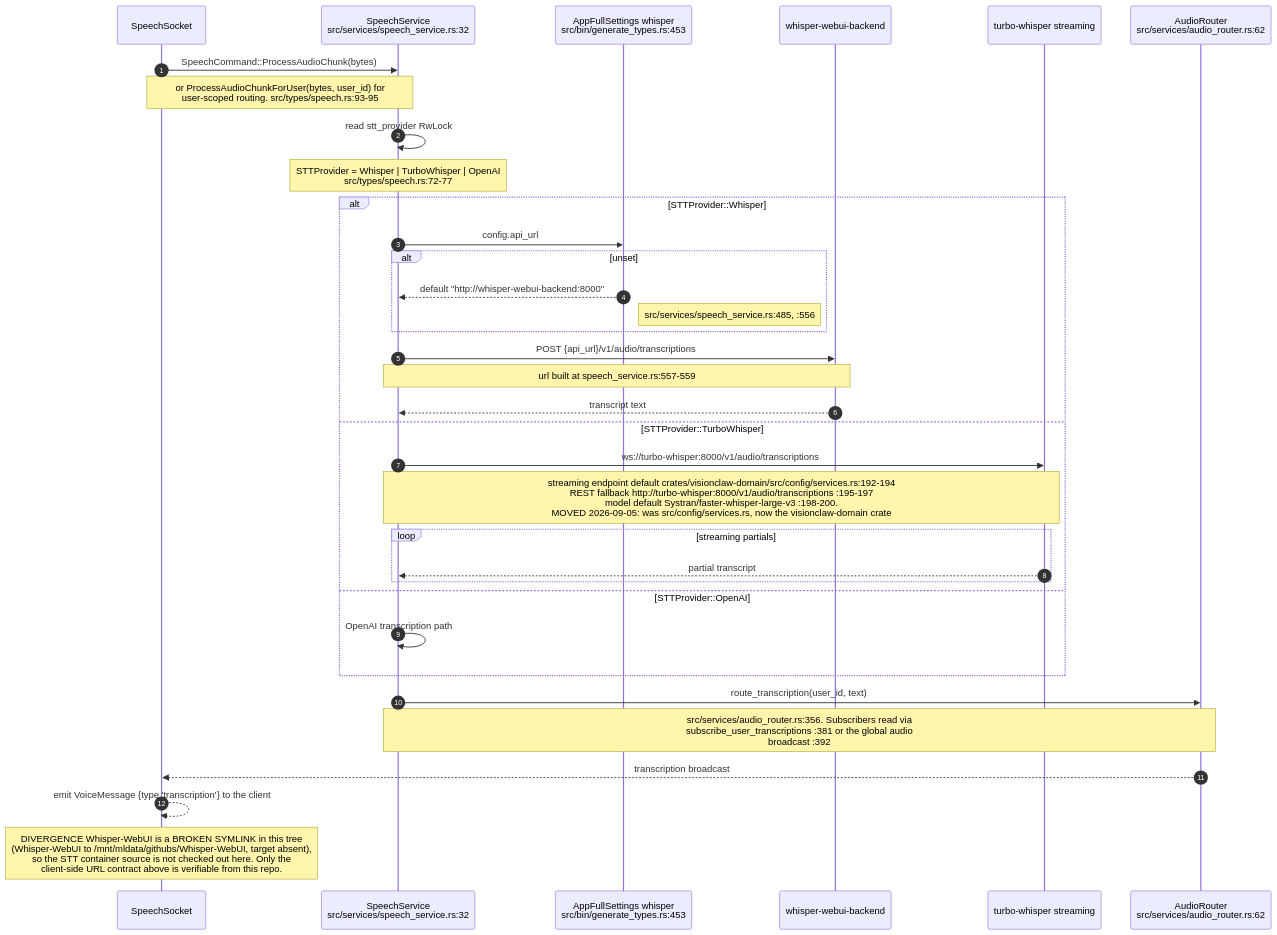
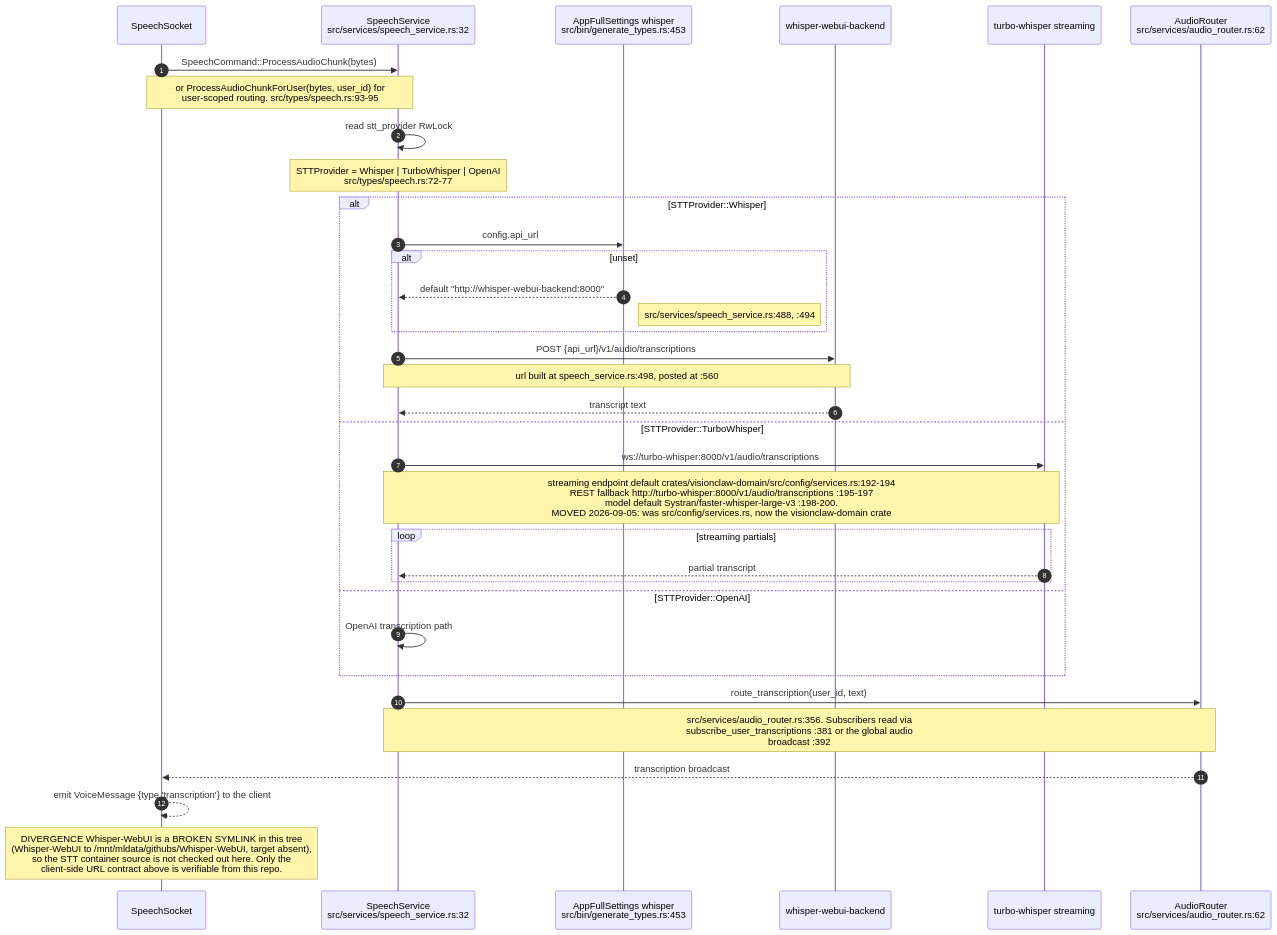
One commit to DreamLab-AI/VisionFlow changed the sixth of 13 diagrams in docs/diagrams/visionclaw/35-voice-end-to-end.md. Above: the diagram before and after it, drawn with Mermaid. The commit also changed other lines of this file and 32 other files, not shown here.

````diff
--- a/docs/diagrams/visionclaw/35-voice-end-to-end.md
+++ b/docs/diagrams/visionclaw/35-voice-end-to-end.md
@@ -310,38 +312,38 @@
 ```mermaid
 sequenceDiagram
     autonumber
     participant SS as SpeechSocket
     participant SP as SpeechService<br/>src/services/speech_service.rs:32
     participant CFG as AppFullSettings whisper<br/>src/bin/generate_types.rs:453
     participant WH as whisper-webui-backend
     participant TW as turbo-whisper streaming
     participant AR as AudioRouter<br/>src/services/audio_router.rs:62
 
     SS->>SP: SpeechCommand::ProcessAudioChunk(bytes)
     Note over SS,SP: or ProcessAudioChunkForUser(bytes, user_id) for<br/>user-scoped routing. src/types/speech.rs:93-95
     SP->>SP: read stt_provider RwLock
     Note over SP: STTProvider = Whisper | TurboWhisper | OpenAI<br/>src/types/speech.rs:72-77
     alt STTProvider::Whisper
         SP->>CFG: config.api_url
         alt unset
             CFG-->>SP: default "http://whisper-webui-backend:8000"
-            Note right of CFG: src/services/speech_service.rs:485, :556
+            Note right of CFG: src/services/speech_service.rs:488, :494
         end
         SP->>WH: POST {api_url}/v1/audio/transcriptions
-        Note over SP,WH: url built at speech_service.rs:557-559
+        Note over SP,WH: url built at speech_service.rs:498, posted at :560
         WH-->>SP: transcript text
     else STTProvider::TurboWhisper
         SP->>TW: ws://turbo-whisper:8000/v1/audio/transcriptions
         Note over SP,TW: streaming endpoint default crates/visionclaw-domain/src/config/services.rs:192-194<br/>REST fallback http://turbo-whisper:8000/v1/audio/transcriptions :195-197<br/>model default Systran/faster-whisper-large-v3 :198-200.<br/>MOVED 2026-09-05: was src/config/services.rs, now the visionclaw-domain crate
         loop streaming partials
             TW-->>SP: partial transcript
         end
     else STTProvider::OpenAI
         SP->>SP: OpenAI transcription path
     end
     SP->>AR: route_transcription(user_id, text)
     Note over SP,AR: src/services/audio_router.rs:356. Subscribers read via<br/>subscribe_user_transcriptions :381 or the global audio<br/>broadcast :392
     AR-->>SS: transcription broadcast
     SS-->>SS: emit VoiceMessage {type 'transcription'} to the client
     Note over SS: DIVERGENCE Whisper-WebUI is a BROKEN SYMLINK in this tree<br/>(Whisper-WebUI to /mnt/mldata/githubs/Whisper-WebUI, target absent),<br/>so the STT container source is not checked out here. Only the<br/>client-side URL contract above is verifiable from this repo.
 ```
````
